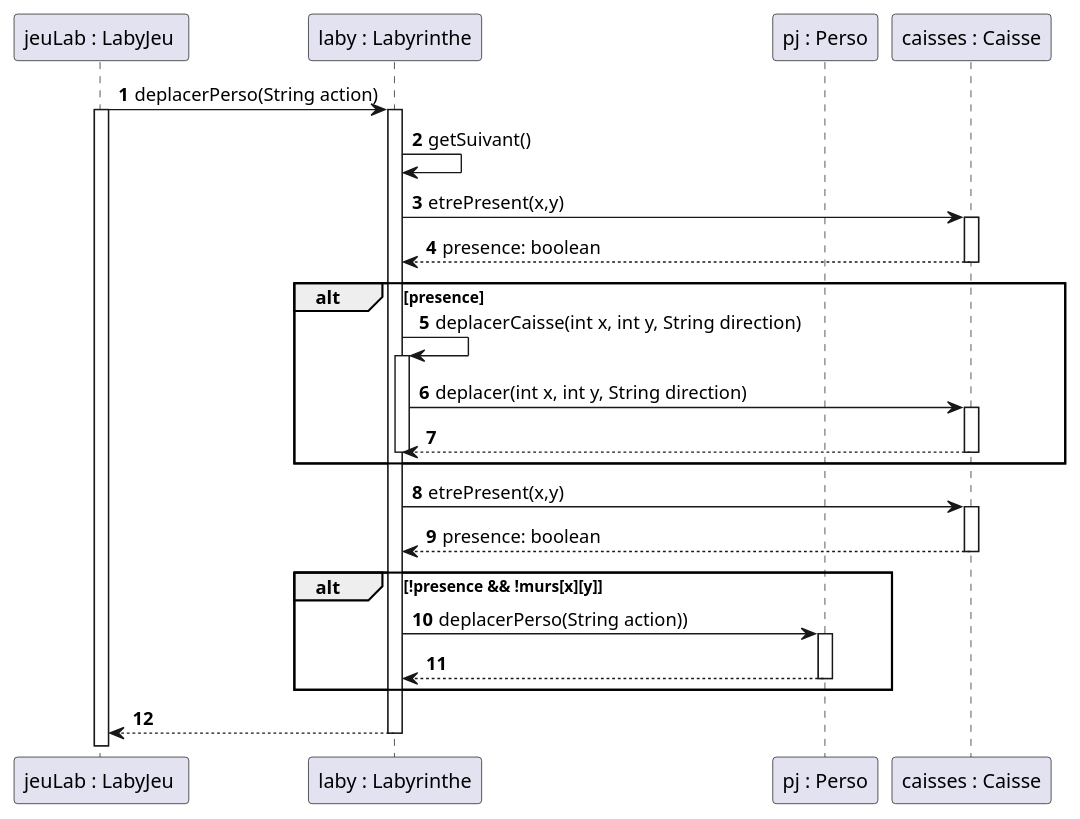
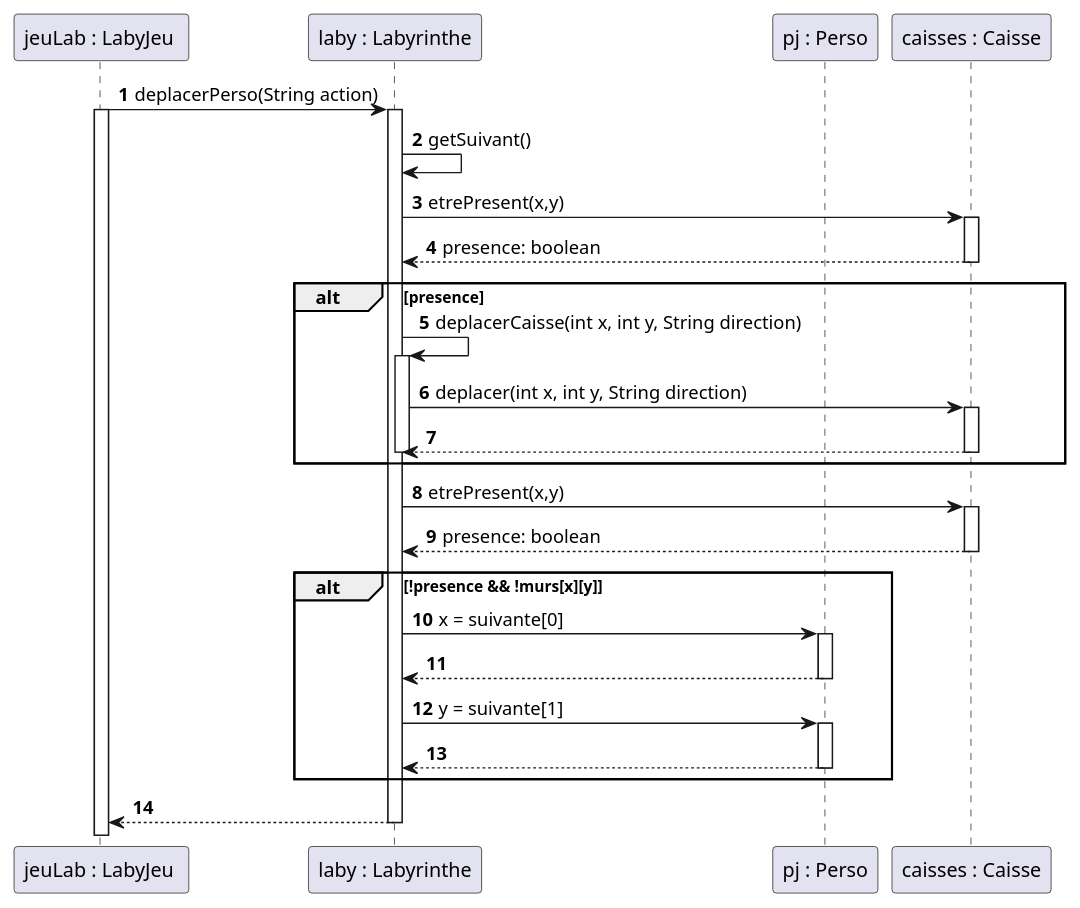
Before and after one commit to Flotss/Zeldiablo: the diagram in documents/version_3/Diagramme sequence Murs deplacables.puml, drawn with PlantUML. The commit also changed 2 other files, not shown here.

Commit message:
correctif diagramme sequence

```diff
--- a/documents/version_3/Diagramme sequence Murs deplacables.puml
+++ b/documents/version_3/Diagramme sequence Murs deplacables.puml
@@ -1,50 +1,54 @@
 @startuml
 'https://plantuml.com/sequence-diagram
 participant "jeuLab : LabyJeu " as lj
 participant "laby : Labyrinthe" as l
 participant "pj : Perso" as p
 participant "caisses : Caisse" as c
 
 
 autonumber
 
 
 
 
 lj -> l : deplacerPerso(String action)
 activate lj
 activate l
 l -> l : getSuivant()
 l -> c : etrePresent(x,y)
 activate c
 l <-- c : presence: boolean
 deactivate c
 
 alt presence
     l -> l : deplacerCaisse(int x, int y, String direction)
     activate l
     l -> c : deplacer(int x, int y, String direction)
     activate c
     l <-- c
     deactivate l
     deactivate c
 end
 l -> c : etrePresent(x,y)
 activate c
 l <-- c : presence: boolean
 deactivate c
 
 alt !presence && !murs[x][y]
 
-    l -> p : deplacerPerso(String action))
+    l -> p : x = suivante[0]
+    activate p
+    l <-- p
+    deactivate p
+    l -> p : y = suivante[1]
     activate p
     l <-- p
     deactivate p
 end
 
 lj <-- l
 deactivate l
 
 
 
 @enduml
```
